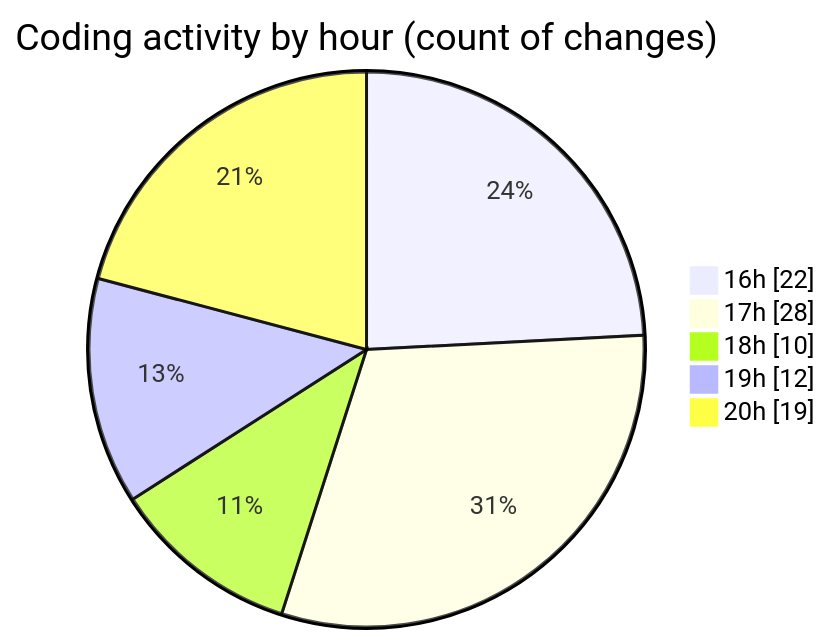
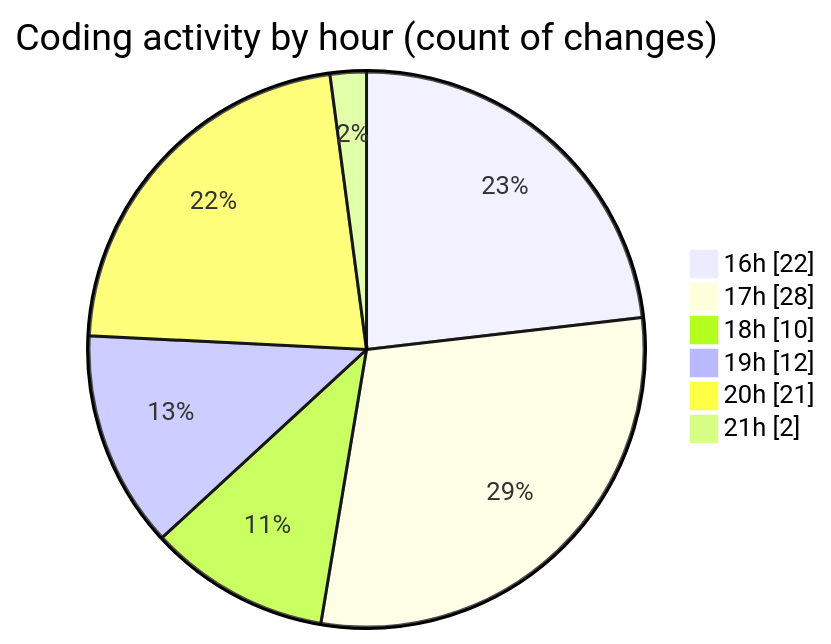
Before and after one commit to becaeroporto-bot/code-tracking: the second of 2 diagrams in 2026-02-17/bot_v1_2/README.md, drawn with Mermaid. The commit also changed other lines of this file and 1 other file, not shown here.

````diff
--- a/2026-02-17/bot_v1_2/README.md
+++ b/2026-02-17/bot_v1_2/README.md
@@ -52,9 +53,10 @@
 ```mermaid
 pie showData
 title Coding activity by hour (count of changes)
 "16h" : 22
 "17h" : 28
 "18h" : 10
 "19h" : 12
-"20h" : 19
+"20h" : 21
+"21h" : 2
 ```
````
